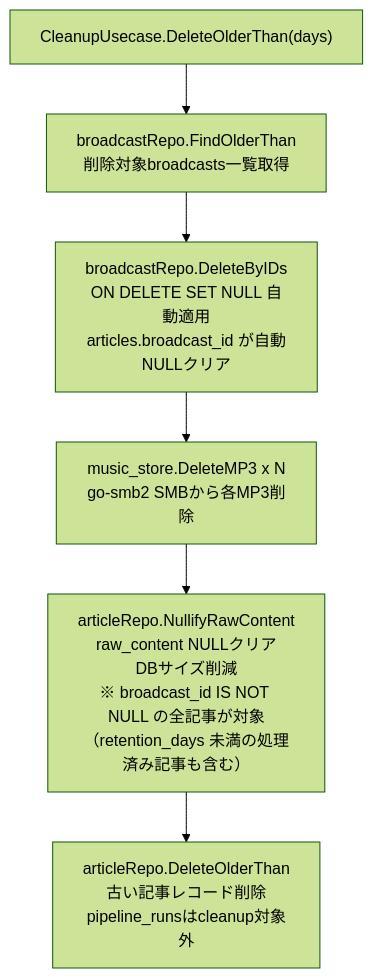
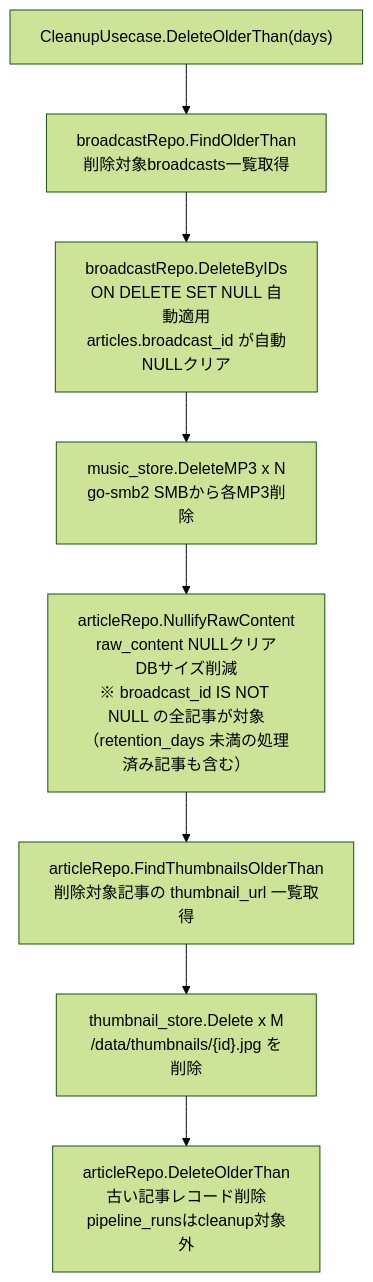
Before and after one commit to svhome01/ai-news: the eighth of 13 diagrams in PLAN.md, drawn with Mermaid (forest theme). The commit also changed other lines of this file, not shown here.

Commit message:
Update PLAN.md to include thumbnail storage details and related processing steps for article images

````diff
--- a/PLAN.md
+++ b/PLAN.md
@@ -950,8 +984,10 @@
 ```mermaid
 flowchart TD
     A["CleanupUsecase.DeleteOlderThan(days)"] --> B["broadcastRepo.FindOlderThan<br/>削除対象broadcasts一覧取得"]
     B --> C["broadcastRepo.DeleteByIDs<br/>ON DELETE SET NULL 自動適用<br/>articles.broadcast_id が自動NULLクリア"]
     C --> D["music_store.DeleteMP3 x N<br/>go-smb2 SMBから各MP3削除"]
     D --> E["articleRepo.NullifyRawContent<br/>raw_content NULLクリア<br/>DBサイズ削減<br/>※ broadcast_id IS NOT NULL の全記事が対象<br/>（retention_days 未満の処理済み記事も含む）"]
-    E --> F["articleRepo.DeleteOlderThan<br/>古い記事レコード削除<br/>pipeline_runsはcleanup対象外"]
+    E --> F["articleRepo.FindThumbnailsOlderThan<br/>削除対象記事の thumbnail_url 一覧取得"]
+    F --> G["thumbnail_store.Delete x M<br/>/data/thumbnails/{id}.jpg を削除"]
+    G --> H["articleRepo.DeleteOlderThan<br/>古い記事レコード削除<br/>pipeline_runsはcleanup対象外"]
 ```
````
